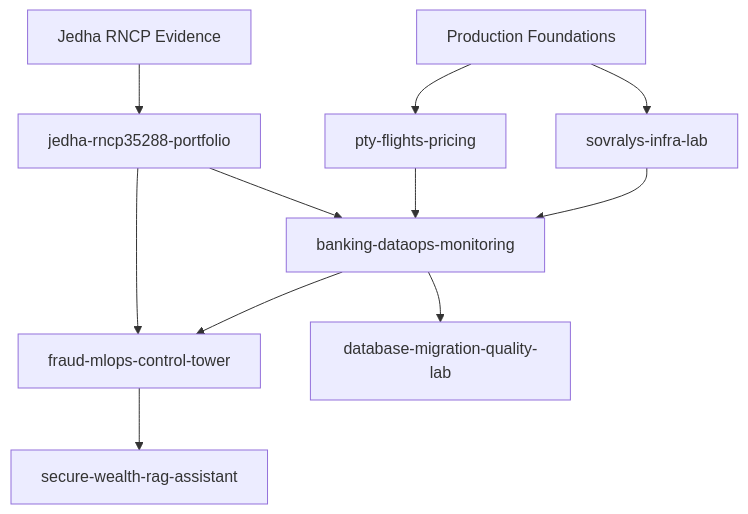
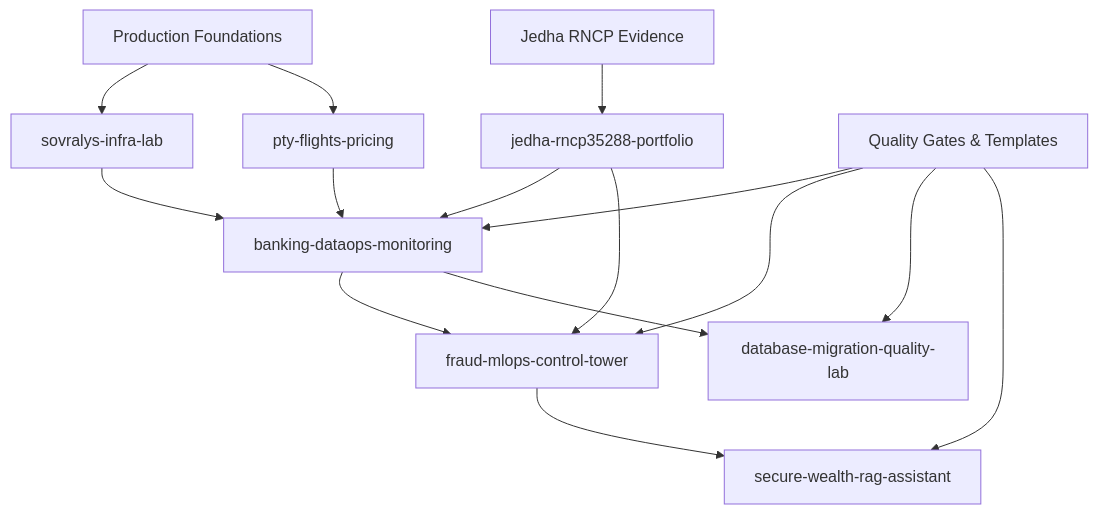
The diagram in README.md (KinSushi/KinSushi), drawn with Mermaid before and after one commit. The commit also changed other lines of this file, not shown here.

Commit message:
docs: expose quality gates and templates in profile readme

````diff
--- a/README.md
+++ b/README.md
@@ -111,13 +122,17 @@
 ```mermaid
 flowchart TD
     A[Production Foundations] --> B[sovralys-infra-lab]
     A --> C[pty-flights-pricing]
     B --> D[banking-dataops-monitoring]
     C --> D
     D --> E[fraud-mlops-control-tower]
     D --> F[database-migration-quality-lab]
     E --> G[secure-wealth-rag-assistant]
     H[Jedha RNCP Evidence] --> I[jedha-rncp35288-portfolio]
     I --> D
     I --> E
+    Q[Quality Gates & Templates] --> D
+    Q --> E
+    Q --> F
+    Q --> G
 ```
````
